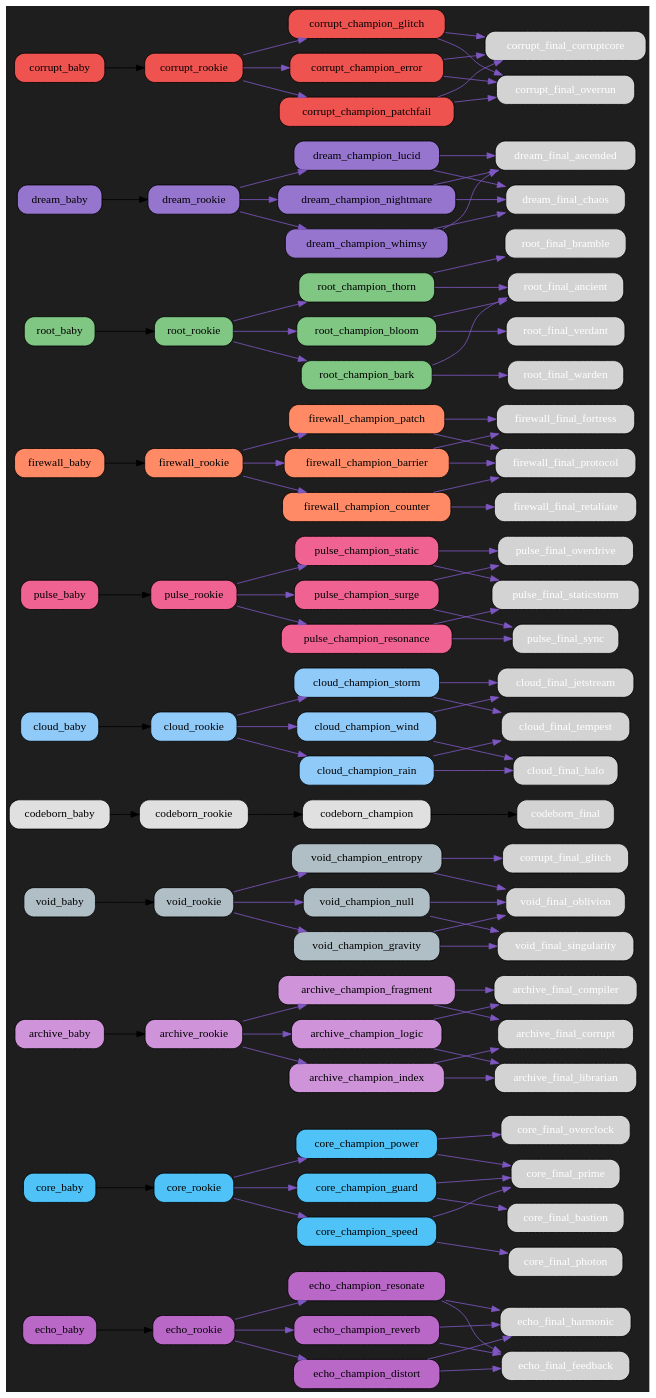
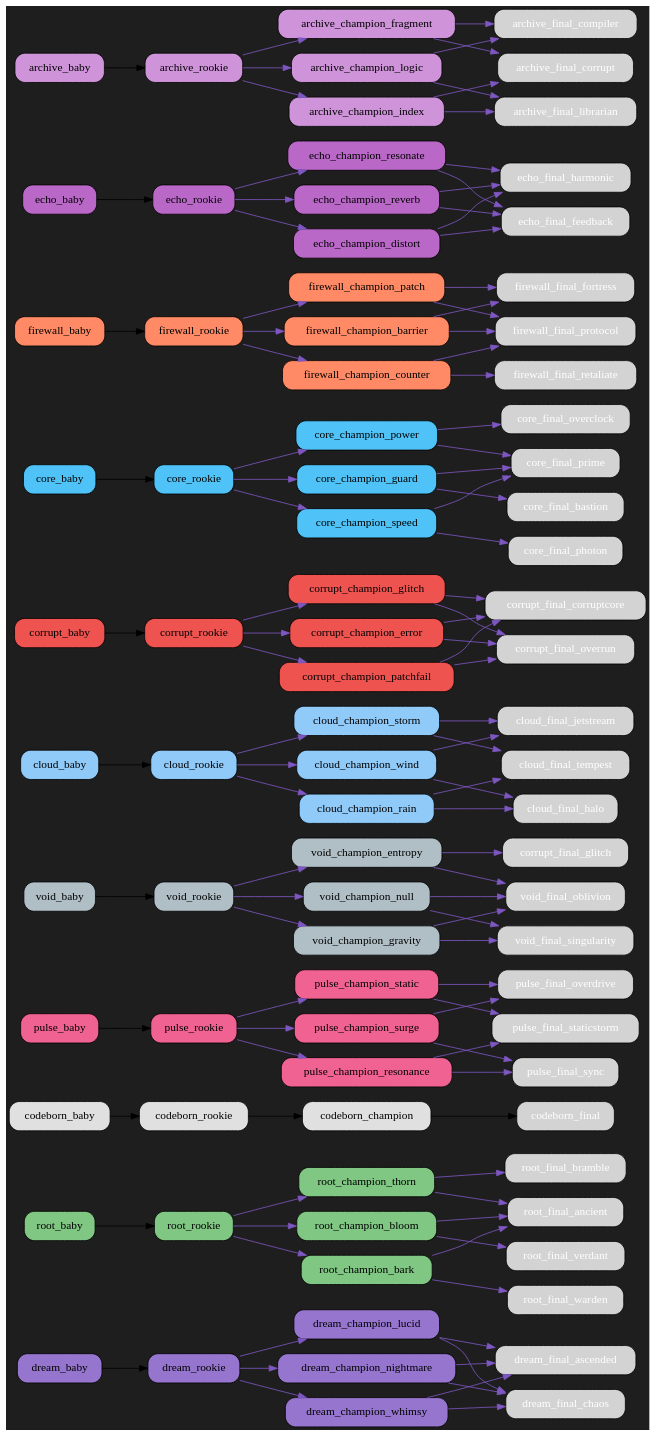
The diagram in src/netgrid/systems/evolution/graphs/dark/evolution_graph_dark.dot (bwlight/NetGrid), drawn with Graphviz before and after one commit. The commit also changed other lines of this file and 8 other files, not shown here.

Commit message:
Auto-update evolution graphs

```diff
--- a/src/netgrid/systems/evolution/graphs/dark/evolution_graph_dark.dot
+++ b/src/netgrid/systems/evolution/graphs/dark/evolution_graph_dark.dot
@@ -2,6 +2,132 @@
   rankdir=LR;
   bgcolor="#1e1e1e";
   node [shape=box, style="rounded,filled", fontcolor="white"];
+  "dream_baby" [fillcolor="#9575cd", fontcolor="black"];
+  "dream_baby" -> "dream_rookie";
+  "dream_rookie" [fillcolor="#9575cd", fontcolor="black"];
+  "dream_rookie" -> "dream_champion_lucid" [color="#7e57c2"];
+  "dream_rookie" -> "dream_champion_nightmare" [color="#7e57c2"];
+  "dream_rookie" -> "dream_champion_whimsy" [color="#7e57c2"];
+  "dream_champion_lucid" [fillcolor="#9575cd", fontcolor="black"];
+  "dream_champion_lucid" -> "dream_final_ascended" [color="#7e57c2"];
+  "dream_champion_lucid" -> "dream_final_chaos" [color="#7e57c2"];
+  "dream_champion_nightmare" [fillcolor="#9575cd", fontcolor="black"];
+  "dream_champion_nightmare" -> "dream_final_chaos" [color="#7e57c2"];
+  "dream_champion_nightmare" -> "dream_final_ascended" [color="#7e57c2"];
+  "dream_champion_whimsy" [fillcolor="#9575cd", fontcolor="black"];
+  "dream_champion_whimsy" -> "dream_final_ascended" [color="#7e57c2"];
+  "dream_champion_whimsy" -> "dream_final_chaos" [color="#7e57c2"];
+  "root_baby" [fillcolor="#81c784", fontcolor="black"];
+  "root_baby" -> "root_rookie";
+  "root_rookie" [fillcolor="#81c784", fontcolor="black"];
+  "root_rookie" -> "root_champion_thorn" [color="#7e57c2"];
+  "root_rookie" -> "root_champion_bloom" [color="#7e57c2"];
+  "root_rookie" -> "root_champion_bark" [color="#7e57c2"];
+  "root_champion_thorn" [fillcolor="#81c784", fontcolor="black"];
+  "root_champion_thorn" -> "root_final_bramble" [color="#7e57c2"];
+  "root_champion_thorn" -> "root_final_ancient" [color="#7e57c2"];
+  "root_champion_bloom" [fillcolor="#81c784", fontcolor="black"];
+  "root_champion_bloom" -> "root_final_ancient" [color="#7e57c2"];
+  "root_champion_bloom" -> "root_final_verdant" [color="#7e57c2"];
+  "root_champion_bark" [fillcolor="#81c784", fontcolor="black"];
+  "root_champion_bark" -> "root_final_warden" [color="#7e57c2"];
+  "root_champion_bark" -> "root_final_ancient" [color="#7e57c2"];
+  "codeborn_baby" [fillcolor="#e0e0e0", fontcolor="black"];
+  "codeborn_baby" -> "codeborn_rookie";
+  "codeborn_rookie" [fillcolor="#e0e0e0", fontcolor="black"];
+  "codeborn_rookie" -> "codeborn_champion";
+  "codeborn_champion" [fillcolor="#e0e0e0", fontcolor="black"];
+  "codeborn_champion" -> "codeborn_final";
+  "pulse_baby" [fillcolor="#f06292", fontcolor="black"];
+  "pulse_baby" -> "pulse_rookie";
+  "pulse_rookie" [fillcolor="#f06292", fontcolor="black"];
+  "pulse_rookie" -> "pulse_champion_surge" [color="#7e57c2"];
+  "pulse_rookie" -> "pulse_champion_resonance" [color="#7e57c2"];
+  "pulse_rookie" -> "pulse_champion_static" [color="#7e57c2"];
+  "pulse_champion_surge" [fillcolor="#f06292", fontcolor="black"];
+  "pulse_champion_surge" -> "pulse_final_overdrive" [color="#7e57c2"];
+  "pulse_champion_surge" -> "pulse_final_sync" [color="#7e57c2"];
+  "pulse_champion_resonance" [fillcolor="#f06292", fontcolor="black"];
+  "pulse_champion_resonance" -> "pulse_final_sync" [color="#7e57c2"];
+  "pulse_champion_resonance" -> "pulse_final_staticstorm" [color="#7e57c2"];
+  "pulse_champion_static" [fillcolor="#f06292", fontcolor="black"];
+  "pulse_champion_static" -> "pulse_final_staticstorm" [color="#7e57c2"];
+  "pulse_champion_static" -> "pulse_final_overdrive" [color="#7e57c2"];
+  "void_baby" [fillcolor="#b0bec5", fontcolor="black"];
+  "void_baby" -> "void_rookie";
+  "void_rookie" [fillcolor="#b0bec5", fontcolor="black"];
+  "void_rookie" -> "void_champion_entropy" [color="#7e57c2"];
+  "void_rookie" -> "void_champion_gravity" [color="#7e57c2"];
+  "void_rookie" -> "void_champion_null" [color="#7e57c2"];
+  "void_champion_entropy" [fillcolor="#b0bec5", fontcolor="black"];
+  "void_champion_entropy" -> "corrupt_final_glitch" [color="#7e57c2"];
+  "void_champion_entropy" -> "void_final_oblivion" [color="#7e57c2"];
+  "void_champion_gravity" [fillcolor="#b0bec5", fontcolor="black"];
+  "void_champion_gravity" -> "void_final_singularity" [color="#7e57c2"];
+  "void_champion_gravity" -> "void_final_oblivion" [color="#7e57c2"];
+  "void_champion_null" [fillcolor="#b0bec5", fontcolor="black"];
+  "void_champion_null" -> "void_final_oblivion" [color="#7e57c2"];
+  "void_champion_null" -> "void_final_singularity" [color="#7e57c2"];
+  "cloud_baby" [fillcolor="#90caf9", fontcolor="black"];
+  "cloud_baby" -> "cloud_rookie";
+  "cloud_rookie" [fillcolor="#90caf9", fontcolor="black"];
+  "cloud_rookie" -> "cloud_champion_wind" [color="#7e57c2"];
+  "cloud_rookie" -> "cloud_champion_rain" [color="#7e57c2"];
+  "cloud_rookie" -> "cloud_champion_storm" [color="#7e57c2"];
+  "cloud_champion_wind" [fillcolor="#90caf9", fontcolor="black"];
+  "cloud_champion_wind" -> "cloud_final_jetstream" [color="#7e57c2"];
+  "cloud_champion_wind" -> "cloud_final_halo" [color="#7e57c2"];
+  "cloud_champion_rain" [fillcolor="#90caf9", fontcolor="black"];
+  "cloud_champion_rain" -> "cloud_final_halo" [color="#7e57c2"];
+  "cloud_champion_rain" -> "cloud_final_tempest" [color="#7e57c2"];
+  "cloud_champion_storm" [fillcolor="#90caf9", fontcolor="black"];
+  "cloud_champion_storm" -> "cloud_final_tempest" [color="#7e57c2"];
+  "cloud_champion_storm" -> "cloud_final_jetstream" [color="#7e57c2"];
+  "corrupt_baby" [fillcolor="#ef5350", fontcolor="black"];
+  "corrupt_baby" -> "corrupt_rookie";
+  "corrupt_rookie" [fillcolor="#ef5350", fontcolor="black"];
+  "corrupt_rookie" -> "corrupt_champion_glitch" [color="#7e57c2"];
+  "corrupt_rookie" -> "corrupt_champion_error" [color="#7e57c2"];
+  "corrupt_rookie" -> "corrupt_champion_patchfail" [color="#7e57c2"];
+  "corrupt_champion_glitch" [fillcolor="#ef5350", fontcolor="black"];
+  "corrupt_champion_glitch" -> "corrupt_final_corruptcore" [color="#7e57c2"];
+  "corrupt_champion_glitch" -> "corrupt_final_overrun" [color="#7e57c2"];
+  "corrupt_champion_error" [fillcolor="#ef5350", fontcolor="black"];
+  "corrupt_champion_error" -> "corrupt_final_overrun" [color="#7e57c2"];
+  "corrupt_champion_error" -> "corrupt_final_corruptcore" [color="#7e57c2"];
+  "corrupt_champion_patchfail" [fillcolor="#ef5350", fontcolor="black"];
+  "corrupt_champion_patchfail" -> "corrupt_final_corruptcore" [color="#7e57c2"];
+  "corrupt_champion_patchfail" -> "corrupt_final_overrun" [color="#7e57c2"];
+  "core_baby" [fillcolor="#4fc3f7", fontcolor="black"];
+  "core_baby" -> "core_rookie";
+  "core_rookie" [fillcolor="#4fc3f7", fontcolor="black"];
+  "core_rookie" -> "core_champion_power" [color="#7e57c2"];
+  "core_rookie" -> "core_champion_guard" [color="#7e57c2"];
+  "core_rookie" -> "core_champion_speed" [color="#7e57c2"];
+  "core_champion_power" [fillcolor="#4fc3f7", fontcolor="black"];
+  "core_champion_power" -> "core_final_overclock" [color="#7e57c2"];
+  "core_champion_power" -> "core_final_prime" [color="#7e57c2"];
+  "core_champion_guard" [fillcolor="#4fc3f7", fontcolor="black"];
+  "core_champion_guard" -> "core_final_bastion" [color="#7e57c2"];
+  "core_champion_guard" -> "core_final_prime" [color="#7e57c2"];
+  "core_champion_speed" [fillcolor="#4fc3f7", fontcolor="black"];
+  "core_champion_speed" -> "core_final_photon" [color="#7e57c2"];
+  "core_champion_speed" -> "core_final_prime" [color="#7e57c2"];
+  "firewall_baby" [fillcolor="#ff8a65", fontcolor="black"];
+  "firewall_baby" -> "firewall_rookie";
+  "firewall_rookie" [fillcolor="#ff8a65", fontcolor="black"];
+  "firewall_rookie" -> "firewall_champion_barrier" [color="#7e57c2"];
+  "firewall_rookie" -> "firewall_champion_counter" [color="#7e57c2"];
+  "firewall_rookie" -> "firewall_champion_patch" [color="#7e57c2"];
+  "firewall_champion_barrier" [fillcolor="#ff8a65", fontcolor="black"];
+  "firewall_champion_barrier" -> "firewall_final_fortress" [color="#7e57c2"];
+  "firewall_champion_barrier" -> "firewall_final_protocol" [color="#7e57c2"];
+  "firewall_champion_counter" [fillcolor="#ff8a65", fontcolor="black"];
+  "firewall_champion_counter" -> "firewall_final_retaliate" [color="#7e57c2"];
+  "firewall_champion_counter" -> "firewall_final_protocol" [color="#7e57c2"];
+  "firewall_champion_patch" [fillcolor="#ff8a65", fontcolor="black"];
+  "firewall_champion_patch" -> "firewall_final_protocol" [color="#7e57c2"];
+  "firewall_champion_patch" -> "firewall_final_fortress" [color="#7e57c2"];
   "echo_baby" [fillcolor="#ba68c8", fontcolor="black"];
   "echo_baby" -> "echo_rookie";
   "echo_rookie" [fillcolor="#ba68c8", fontcolor="black"];
@@ -17,21 +143,6 @@
   "echo_champion_distort" [fillcolor="#ba68c8", fontcolor="black"];
   "echo_champion_distort" -> "echo_final_feedback" [color="#7e57c2"];
   "echo_champion_distort" -> "echo_final_harmonic" [color="#7e57c2"];
-  "core_baby" [fillcolor="#4fc3f7", fontcolor="black"];
-  "core_baby" -> "core_rookie";
-  "core_rookie" [fillcolor="#4fc3f7", fontcolor="black"];
-  "core_rookie" -> "core_champion_power" [color="#7e57c2"];
-  "core_rookie" -> "core_champion_guard" [color="#7e57c2"];
-  "core_rookie" -> "core_champion_speed" [color="#7e57c2"];
-  "core_champion_power" [fillcolor="#4fc3f7", fontcolor="black"];
-  "core_champion_power" -> "core_final_overclock" [color="#7e57c2"];
-  "core_champion_power" -> "core_final_prime" [color="#7e57c2"];
-  "core_champion_guard" [fillcolor="#4fc3f7", fontcolor="black"];
-  "core_champion_guard" -> "core_final_bastion" [color="#7e57c2"];
-  "core_champion_guard" -> "core_final_prime" [color="#7e57c2"];
-  "core_champion_speed" [fillcolor="#4fc3f7", fontcolor="black"];
-  "core_champion_speed" -> "core_final_photon" [color="#7e57c2"];
-  "core_champion_speed" -> "core_final_prime" [color="#7e57c2"];
   "archive_baby" [fillcolor="#ce93d8", fontcolor="black"];
   "archive_baby" -> "archive_rookie";
   "archive_rookie" [fillcolor="#ce93d8", fontcolor="black"];
@@ -47,115 +158,4 @@
   "archive_champion_fragment" [fillcolor="#ce93d8", fontcolor="black"];
   "archive_champion_fragment" -> "archive_final_corrupt" [color="#7e57c2"];
   "archive_champion_fragment" -> "archive_final_compiler" [color="#7e57c2"];
-  "void_baby" [fillcolor="#b0bec5", fontcolor="black"];
-  "void_baby" -> "void_rookie";
-  "void_rookie" [fillcolor="#b0bec5", fontcolor="black"];
-  "void_rookie" -> "void_champion_entropy" [color="#7e57c2"];
-  "void_rookie" -> "void_champion_gravity" [color="#7e57c2"];
-  "void_rookie" -> "void_champion_null" [color="#7e57c2"];
-  "void_champion_entropy" [fillcolor="#b0bec5", fontcolor="black"];
-  "void_champion_entropy" -> "corrupt_final_glitch" [color="#7e57c2"];
-  "void_champion_entropy" -> "void_final_oblivion" [color="#7e57c2"];
-  "void_champion_gravity" [fillcolor="#b0bec5", fontcolor="black"];
-  "void_champion_gravity" -> "void_final_singularity" [color="#7e57c2"];
-  "void_champion_gravity" -> "void_final_oblivion" [color="#7e57c2"];
-  "void_champion_null" [fillcolor="#b0bec5", fontcolor="black"];
-  "void_champion_null" -> "void_final_oblivion" [color="#7e57c2"];
-  "void_champion_null" -> "void_final_singularity" [color="#7e57c2"];
-  "codeborn_baby" [fillcolor="#e0e0e0", fontcolor="black"];
-  "codeborn_baby" -> "codeborn_rookie";
-  "codeborn_rookie" [fillcolor="#e0e0e0", fontcolor="black"];
-  "codeborn_rookie" -> "codeborn_champion";
-  "codeborn_champion" [fillcolor="#e0e0e0", fontcolor="black"];
-  "codeborn_champion" -> "codeborn_final";
-  "cloud_baby" [fillcolor="#90caf9", fontcolor="black"];
-  "cloud_baby" -> "cloud_rookie";
-  "cloud_rookie" [fillcolor="#90caf9", fontcolor="black"];
-  "cloud_rookie" -> "cloud_champion_wind" [color="#7e57c2"];
-  "cloud_rookie" -> "cloud_champion_rain" [color="#7e57c2"];
-  "cloud_rookie" -> "cloud_champion_storm" [color="#7e57c2"];
-  "cloud_champion_wind" [fillcolor="#90caf9", fontcolor="black"];
-  "cloud_champion_wind" -> "cloud_final_jetstream" [color="#7e57c2"];
-  "cloud_champion_wind" -> "cloud_final_halo" [color="#7e57c2"];
-  "cloud_champion_rain" [fillcolor="#90caf9", fontcolor="black"];
-  "cloud_champion_rain" -> "cloud_final_halo" [color="#7e57c2"];
-  "cloud_champion_rain" -> "cloud_final_tempest" [color="#7e57c2"];
-  "cloud_champion_storm" [fillcolor="#90caf9", fontcolor="black"];
-  "cloud_champion_storm" -> "cloud_final_tempest" [color="#7e57c2"];
-  "cloud_champion_storm" -> "cloud_final_jetstream" [color="#7e57c2"];
-  "pulse_baby" [fillcolor="#f06292", fontcolor="black"];
-  "pulse_baby" -> "pulse_rookie";
-  "pulse_rookie" [fillcolor="#f06292", fontcolor="black"];
-  "pulse_rookie" -> "pulse_champion_surge" [color="#7e57c2"];
-  "pulse_rookie" -> "pulse_champion_resonance" [color="#7e57c2"];
-  "pulse_rookie" -> "pulse_champion_static" [color="#7e57c2"];
-  "pulse_champion_surge" [fillcolor="#f06292", fontcolor="black"];
-  "pulse_champion_surge" -> "pulse_final_overdrive" [color="#7e57c2"];
-  "pulse_champion_surge" -> "pulse_final_sync" [color="#7e57c2"];
-  "pulse_champion_resonance" [fillcolor="#f06292", fontcolor="black"];
-  "pulse_champion_resonance" -> "pulse_final_sync" [color="#7e57c2"];
-  "pulse_champion_resonance" -> "pulse_final_staticstorm" [color="#7e57c2"];
-  "pulse_champion_static" [fillcolor="#f06292", fontcolor="black"];
-  "pulse_champion_static" -> "pulse_final_staticstorm" [color="#7e57c2"];
-  "pulse_champion_static" -> "pulse_final_overdrive" [color="#7e57c2"];
-  "firewall_baby" [fillcolor="#ff8a65", fontcolor="black"];
-  "firewall_baby" -> "firewall_rookie";
-  "firewall_rookie" [fillcolor="#ff8a65", fontcolor="black"];
-  "firewall_rookie" -> "firewall_champion_barrier" [color="#7e57c2"];
-  "firewall_rookie" -> "firewall_champion_counter" [color="#7e57c2"];
-  "firewall_rookie" -> "firewall_champion_patch" [color="#7e57c2"];
-  "firewall_champion_barrier" [fillcolor="#ff8a65", fontcolor="black"];
-  "firewall_champion_barrier" -> "firewall_final_fortress" [color="#7e57c2"];
-  "firewall_champion_barrier" -> "firewall_final_protocol" [color="#7e57c2"];
-  "firewall_champion_counter" [fillcolor="#ff8a65", fontcolor="black"];
-  "firewall_champion_counter" -> "firewall_final_retaliate" [color="#7e57c2"];
-  "firewall_champion_counter" -> "firewall_final_protocol" [color="#7e57c2"];
-  "firewall_champion_patch" [fillcolor="#ff8a65", fontcolor="black"];
-  "firewall_champion_patch" -> "firewall_final_protocol" [color="#7e57c2"];
-  "firewall_champion_patch" -> "firewall_final_fortress" [color="#7e57c2"];
-  "root_baby" [fillcolor="#81c784", fontcolor="black"];
-  "root_baby" -> "root_rookie";
-  "root_rookie" [fillcolor="#81c784", fontcolor="black"];
-  "root_rookie" -> "root_champion_thorn" [color="#7e57c2"];
-  "root_rookie" -> "root_champion_bloom" [color="#7e57c2"];
-  "root_rookie" -> "root_champion_bark" [color="#7e57c2"];
-  "root_champion_thorn" [fillcolor="#81c784", fontcolor="black"];
-  "root_champion_thorn" -> "root_final_bramble" [color="#7e57c2"];
-  "root_champion_thorn" -> "root_final_ancient" [color="#7e57c2"];
-  "root_champion_bloom" [fillcolor="#81c784", fontcolor="black"];
-  "root_champion_bloom" -> "root_final_ancient" [color="#7e57c2"];
-  "root_champion_bloom" -> "root_final_verdant" [color="#7e57c2"];
-  "root_champion_bark" [fillcolor="#81c784", fontcolor="black"];
-  "root_champion_bark" -> "root_final_warden" [color="#7e57c2"];
-  "root_champion_bark" -> "root_final_ancient" [color="#7e57c2"];
-  "dream_baby" [fillcolor="#9575cd", fontcolor="black"];
-  "dream_baby" -> "dream_rookie";
-  "dream_rookie" [fillcolor="#9575cd", fontcolor="black"];
-  "dream_rookie" -> "dream_champion_lucid" [color="#7e57c2"];
-  "dream_rookie" -> "dream_champion_nightmare" [color="#7e57c2"];
-  "dream_rookie" -> "dream_champion_whimsy" [color="#7e57c2"];
-  "dream_champion_lucid" [fillcolor="#9575cd", fontcolor="black"];
-  "dream_champion_lucid" -> "dream_final_ascended" [color="#7e57c2"];
-  "dream_champion_lucid" -> "dream_final_chaos" [color="#7e57c2"];
-  "dream_champion_nightmare" [fillcolor="#9575cd", fontcolor="black"];
-  "dream_champion_nightmare" -> "dream_final_chaos" [color="#7e57c2"];
-  "dream_champion_nightmare" -> "dream_final_ascended" [color="#7e57c2"];
-  "dream_champion_whimsy" [fillcolor="#9575cd", fontcolor="black"];
-  "dream_champion_whimsy" -> "dream_final_ascended" [color="#7e57c2"];
-  "dream_champion_whimsy" -> "dream_final_chaos" [color="#7e57c2"];
-  "corrupt_baby" [fillcolor="#ef5350", fontcolor="black"];
-  "corrupt_baby" -> "corrupt_rookie";
-  "corrupt_rookie" [fillcolor="#ef5350", fontcolor="black"];
-  "corrupt_rookie" -> "corrupt_champion_glitch" [color="#7e57c2"];
-  "corrupt_rookie" -> "corrupt_champion_error" [color="#7e57c2"];
-  "corrupt_rookie" -> "corrupt_champion_patchfail" [color="#7e57c2"];
-  "corrupt_champion_glitch" [fillcolor="#ef5350", fontcolor="black"];
-  "corrupt_champion_glitch" -> "corrupt_final_corruptcore" [color="#7e57c2"];
-  "corrupt_champion_glitch" -> "corrupt_final_overrun" [color="#7e57c2"];
-  "corrupt_champion_error" [fillcolor="#ef5350", fontcolor="black"];
-  "corrupt_champion_error" -> "corrupt_final_overrun" [color="#7e57c2"];
-  "corrupt_champion_error" -> "corrupt_final_corruptcore" [color="#7e57c2"];
-  "corrupt_champion_patchfail" [fillcolor="#ef5350", fontcolor="black"];
-  "corrupt_champion_patchfail" -> "corrupt_final_corruptcore" [color="#7e57c2"];
-  "corrupt_champion_patchfail" -> "corrupt_final_overrun" [color="#7e57c2"];
 }
```
